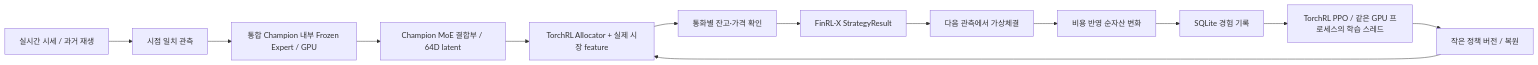
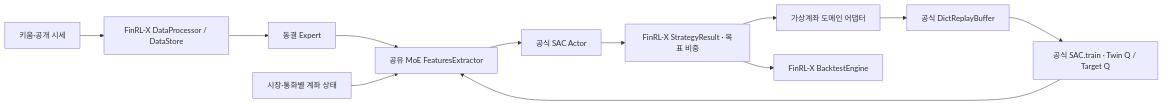
Before and after one commit to hushmind3/continual-trading-agent: the diagram in docs/architecture.md, drawn with Mermaid. The commit also changed other lines of this file and 63 other files, not shown here.

Commit message:
FinRL-X 공식 데이터·백테스트와 SAC 엔진 연결

````diff
--- a/docs/architecture.md
+++ b/docs/architecture.md
@@ -5,15 +3,14 @@
 ```mermaid
 flowchart LR
-  Feed[실시간 시세 / 과거 재생] --> Obs[시점 일치 관측]
-  Obs --> Expert[통합 Champion 내부 Frozen Expert / GPU]
-  Expert --> MoE[Champion MoE 결합부 / 64D latent]
-  MoE --> Policy[TorchRL Allocator + 실제 시장 feature]
-  Policy --> Risk[통화별 잔고·가격 확인]
-  Risk --> Result[FinRL-X StrategyResult]
-  Result --> Paper[다음 관측에서 가상체결]
-  Paper --> Reward[비용 반영 순자산 변화]
-  Reward --> Journal[SQLite 경험 기록]
-  Journal --> Learner[TorchRL PPO / 같은 GPU 프로세스의 학습 스레드]
-  Learner --> Revision[작은 정책 버전 / 복원]
-  Revision --> Policy
+ Feed[키움·공개 시세] --> Data[FinRL-X DataProcessor / DataStore]
+ Data --> Expert[동결 Expert]
+ Expert --> MoE[공유 MoE FeaturesExtractor]
+ Market[시장·통화별 계좌 상태] --> MoE
+ MoE --> Actor[공식 SAC Actor]
+ Actor --> Strategy[FinRL-X StrategyResult · 목표 비중]
+ Strategy --> Paper[가상계좌 도메인 어댑터]
+ Paper --> Replay[공식 DictReplayBuffer]
+ Replay --> SAC[공식 SAC.train · Twin Q / Target Q]
+ SAC --> MoE
+ Strategy --> Backtest[FinRL-X BacktestEngine]
 ```
````
